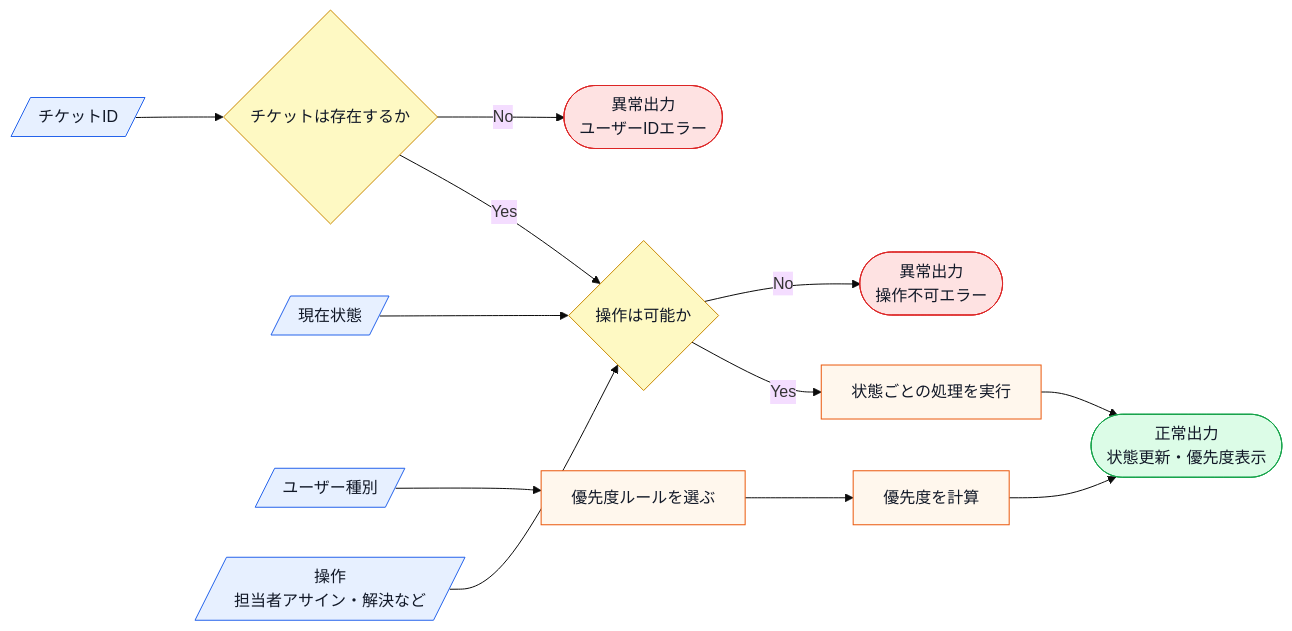
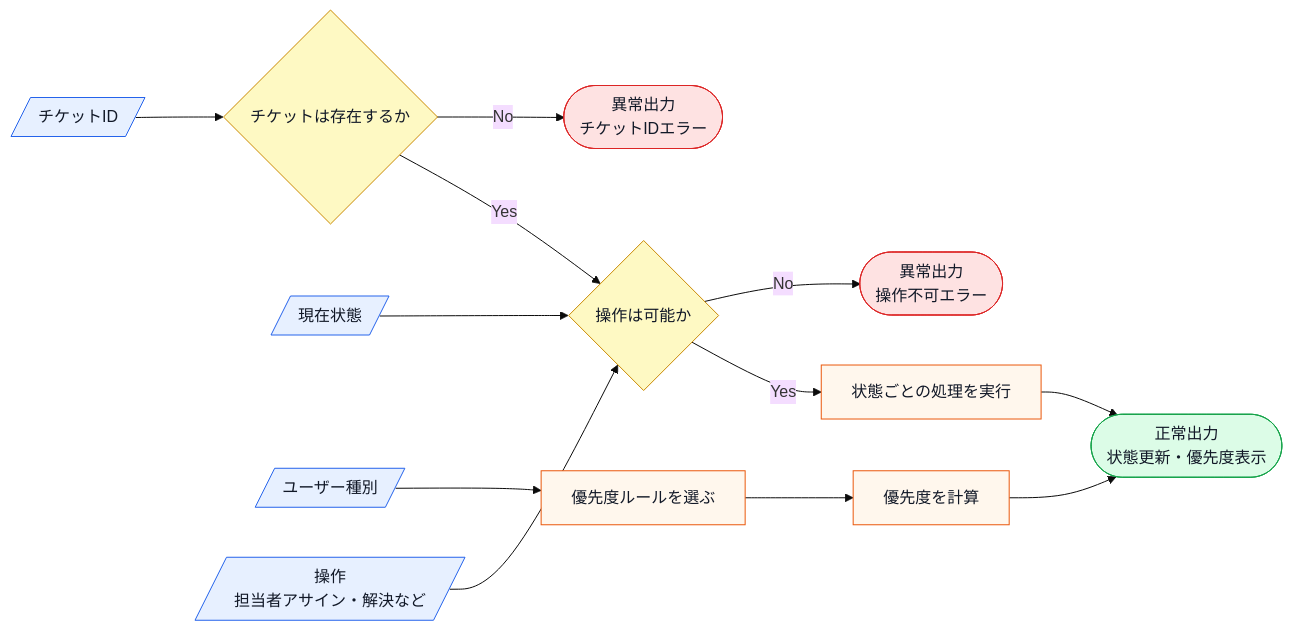
The first of 13 diagrams in kindle/design-patterns/output/chapter09_2.md (kumachan1101-pixel/DesignPattern), drawn with Mermaid (base theme) before and after one commit. The commit also changed other lines of this file and 18 other files, not shown here.

Commit message:
fix: 仕様図を説明後の整理に変更

````diff
--- a/kindle/design-patterns/output/chapter09_2.md
+++ b/kindle/design-patterns/output/chapter09_2.md
@@ -33,20 +44,20 @@
 ```mermaid
 flowchart LR
     A[/チケットID/]:::input --> B{チケットは存在するか}:::decision
     C[/現在状態/]:::input --> D{操作は可能か}:::decision
     E[/ユーザー種別/]:::input --> F[優先度ルールを選ぶ]:::process
     G[/操作<br>担当者アサイン・解決など/]:::input --> D
     B -->|Yes| D
     D -->|Yes| H[状態ごとの処理を実行]:::process
     F --> I[優先度を計算]:::process
     H --> J([正常出力<br>状態更新・優先度表示]):::normal
     I --> J
-    B -->|No| K([異常出力<br>ユーザーIDエラー]):::error
+    B -->|No| K([異常出力<br>チケットIDエラー]):::error
     D -->|No| L([異常出力<br>操作不可エラー]):::error
 
     classDef input fill:#e7f0ff,stroke:#2563eb,color:#111827;
     classDef process fill:#fff7ed,stroke:#ea580c,color:#111827;
     classDef decision fill:#fef9c3,stroke:#ca8a04,color:#111827;
     classDef normal fill:#dcfce7,stroke:#16a34a,color:#111827;
     classDef error fill:#fee2e2,stroke:#dc2626,color:#111827;
 ```
````
